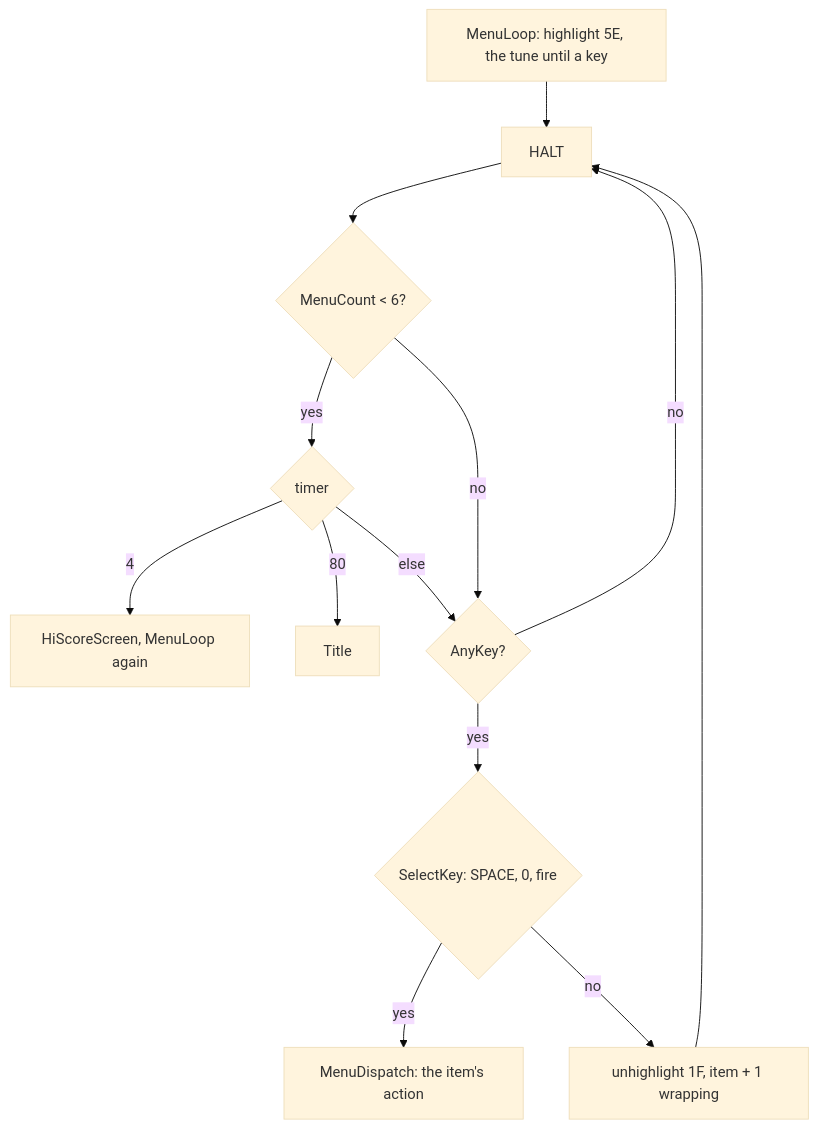
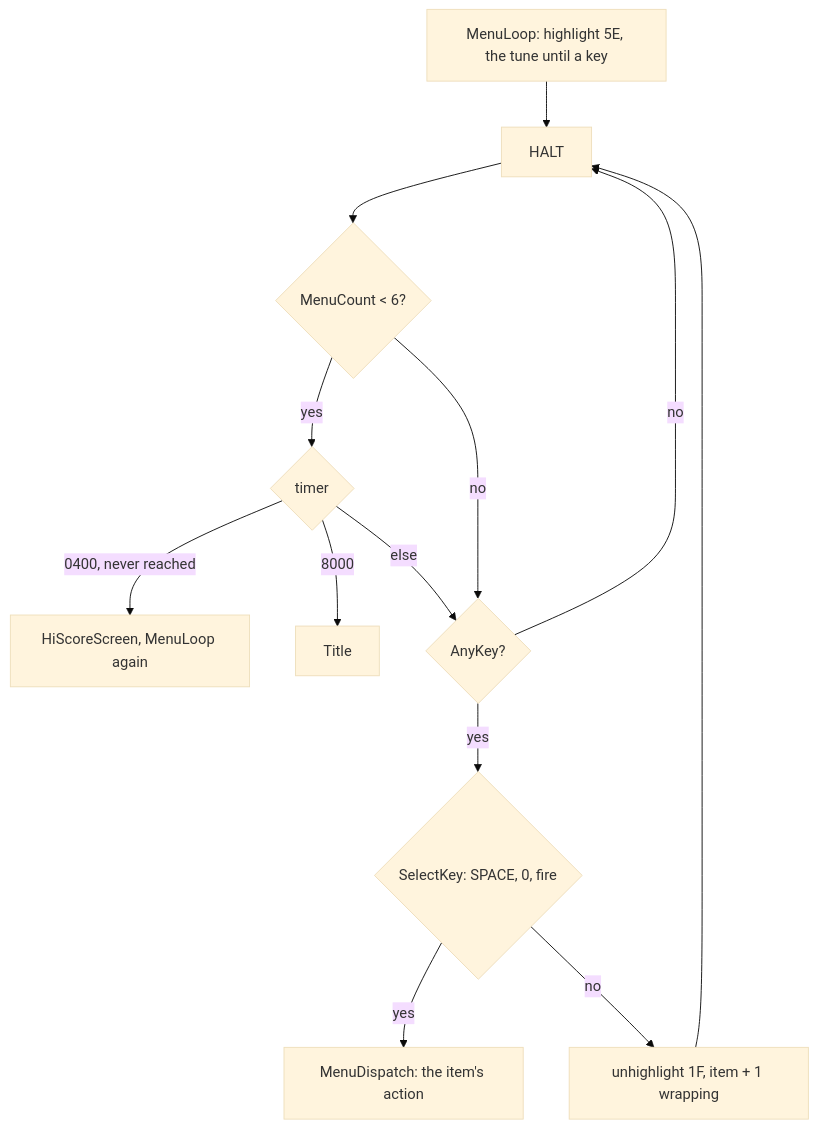
The fifth of 12 diagrams in games/atv-simulator/docs/05-controls.md (alfishe/unrealng-reverse-cases), drawn with Mermaid (base theme) before and after one commit. The commit also changed other lines of this file and 32 other files, not shown here.

````diff
--- a/games/atv-simulator/docs/05-controls.md
+++ b/games/atv-simulator/docs/05-controls.md
@@ -436,15 +439,15 @@
 ```mermaid
 flowchart TD
     A["MenuLoop: highlight 5E, the tune until a key"] --> B["HALT"]
     B --> T{"MenuCount < 6?"}
     T -->|"yes"| U{"timer"}
-    U -->|"4"| H["HiScoreScreen, MenuLoop again"]
-    U -->|"80"| TI["Title"]
+    U -->|"0400, never reached"| H["HiScoreScreen, MenuLoop again"]
+    U -->|"8000"| TI["Title"]
     U -->|"else"| K
     T -->|"no"| K{"AnyKey?"}
     K -->|"no"| B
     K -->|"yes"| S{"SelectKey: SPACE, 0, fire"}
     S -->|"yes"| D["MenuDispatch: the item's action"]
     S -->|"no"| N["unhighlight 1F, item + 1 wrapping"]
     N --> B
 ```
````
